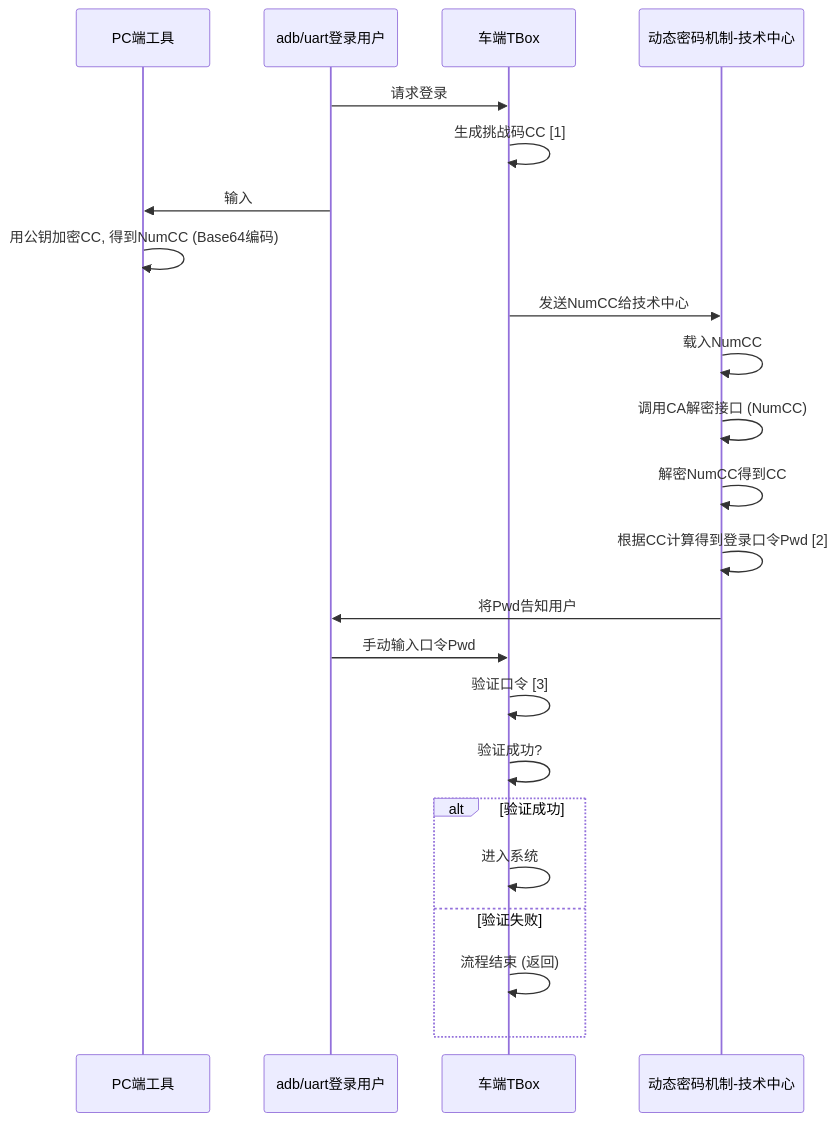
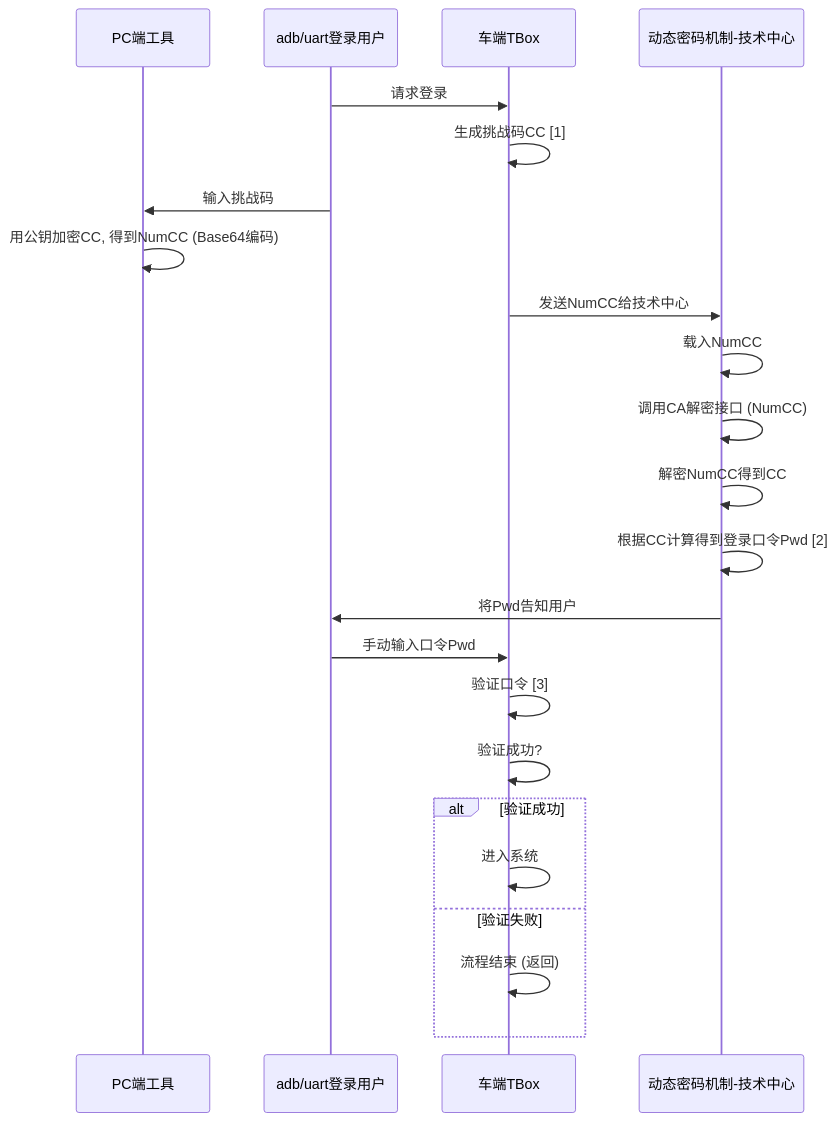
Before and after one commit to facebook-cloud/iodraw-files: the diagram in all/未命名-13.md, drawn with Mermaid.

Commit message:
2026-01-26 18:18:11 update

````diff
--- a/all/未命名-13.md
+++ b/all/未命名-13.md
@@ -1,29 +1,29 @@
 ```mermaid
 sequenceDiagram
     participant pc as PC端工具
     participant user as adb/uart登录用户
     participant tbox as 车端TBox
     participant tech_center as 动态密码机制-技术中心
   
 
     user->>tbox: 请求登录
     tbox->>tbox: 生成挑战码CC [1]
-    user->>pc: 输入
+    user->>pc: 输入挑战码
     pc->>pc: 用公钥加密CC, 得到NumCC (Base64编码)
     tbox->>tech_center: 发送NumCC给技术中心
     tech_center->>tech_center: 载入NumCC
     tech_center->>tech_center: 调用CA解密接口 (NumCC)
     tech_center->>tech_center: 解密NumCC得到CC
     tech_center->>tech_center: 根据CC计算得到登录口令Pwd [2]
     tech_center->>user: 将Pwd告知用户
     user->>tbox: 手动输入口令Pwd
     tbox->>tbox: 验证口令 [3]
     tbox->>tbox: 验证成功?
     alt 验证成功
         tbox->>tbox: 进入系统
     else 验证失败
         tbox->>tbox: 流程结束 (返回)
     end
 
 
 ```
````
